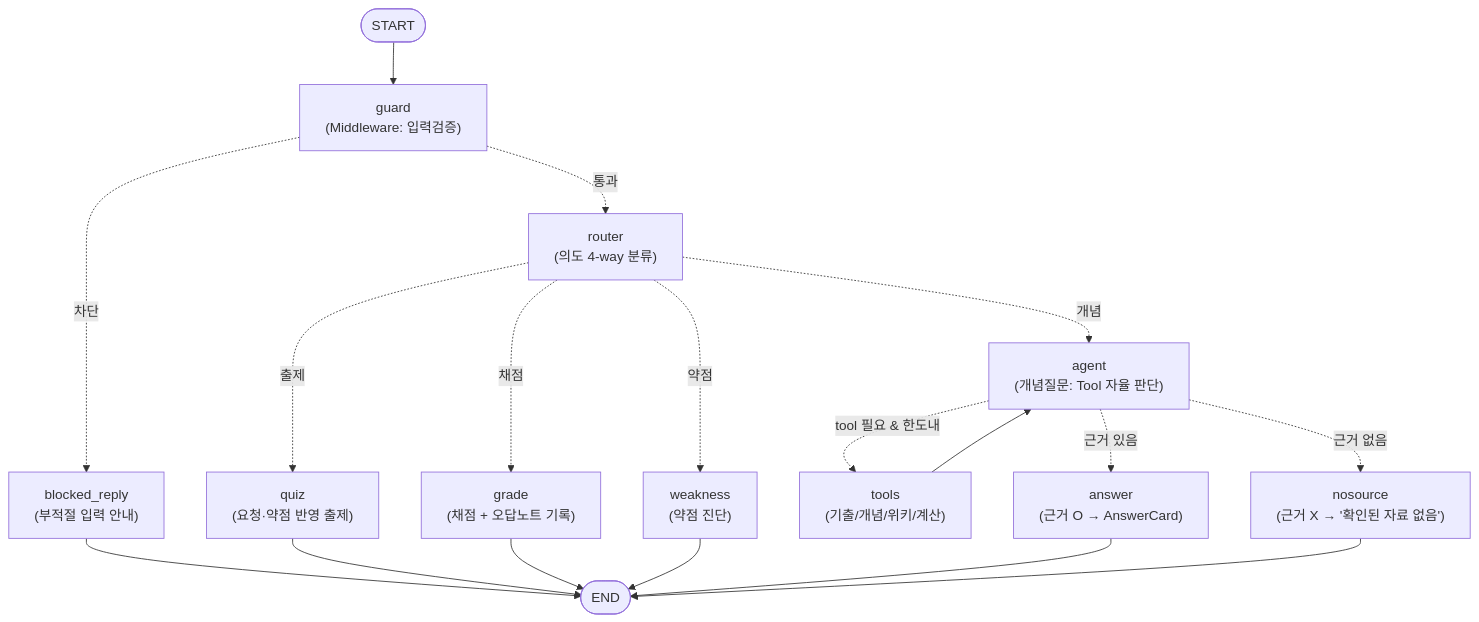
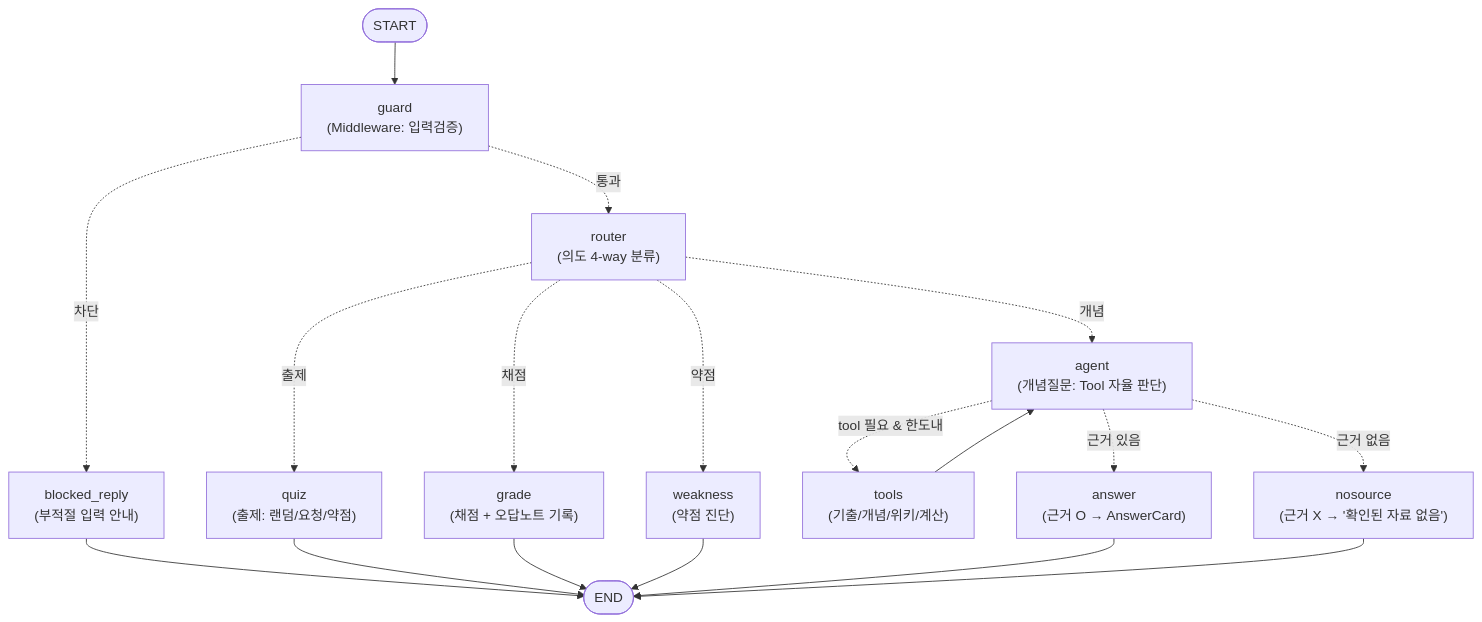
Before and after one commit to jihyunlee2023/AI_FinalProject: the diagram in docs/WORKFLOW.md, drawn with Mermaid. The commit also changed other lines of this file and 5 other files, not shown here.

````diff
--- a/docs/WORKFLOW.md
+++ b/docs/WORKFLOW.md
@@ -13,33 +13,33 @@
 ```mermaid
 graph TD;
     __start__([START]):::first
     guard["guard<br/>(Middleware: 입력검증)"]
     blocked_reply["blocked_reply<br/>(부적절 입력 안내)"]
     router["router<br/>(의도 4-way 분류)"]
-    quiz["quiz<br/>(요청·약점 반영 출제)"]
+    quiz["quiz<br/>(출제: 랜덤/요청/약점)"]
     grade["grade<br/>(채점 + 오답노트 기록)"]
     weakness["weakness<br/>(약점 진단)"]
     agent["agent<br/>(개념질문: Tool 자율 판단)"]
     tools["tools<br/>(기출/개념/위키/계산)"]
     answer["answer<br/>(근거 O → AnswerCard)"]
     nosource["nosource<br/>(근거 X → '확인된 자료 없음')"]
     __end__([END]):::last
 
     __start__ --> guard;
     guard -. "차단" .-> blocked_reply;
     guard -. "통과" .-> router;
     router -. "출제" .-> quiz;
     router -. "채점" .-> grade;
     router -. "약점" .-> weakness;
     router -. "개념" .-> agent;
     agent -. "tool 필요 & 한도내" .-> tools;
     agent -. "근거 있음" .-> answer;
     agent -. "근거 없음" .-> nosource;
     tools --> agent;
     blocked_reply --> __end__;
     quiz --> __end__;
     grade --> __end__;
     weakness --> __end__;
     answer --> __end__;
     nosource --> __end__;
 ```
````
